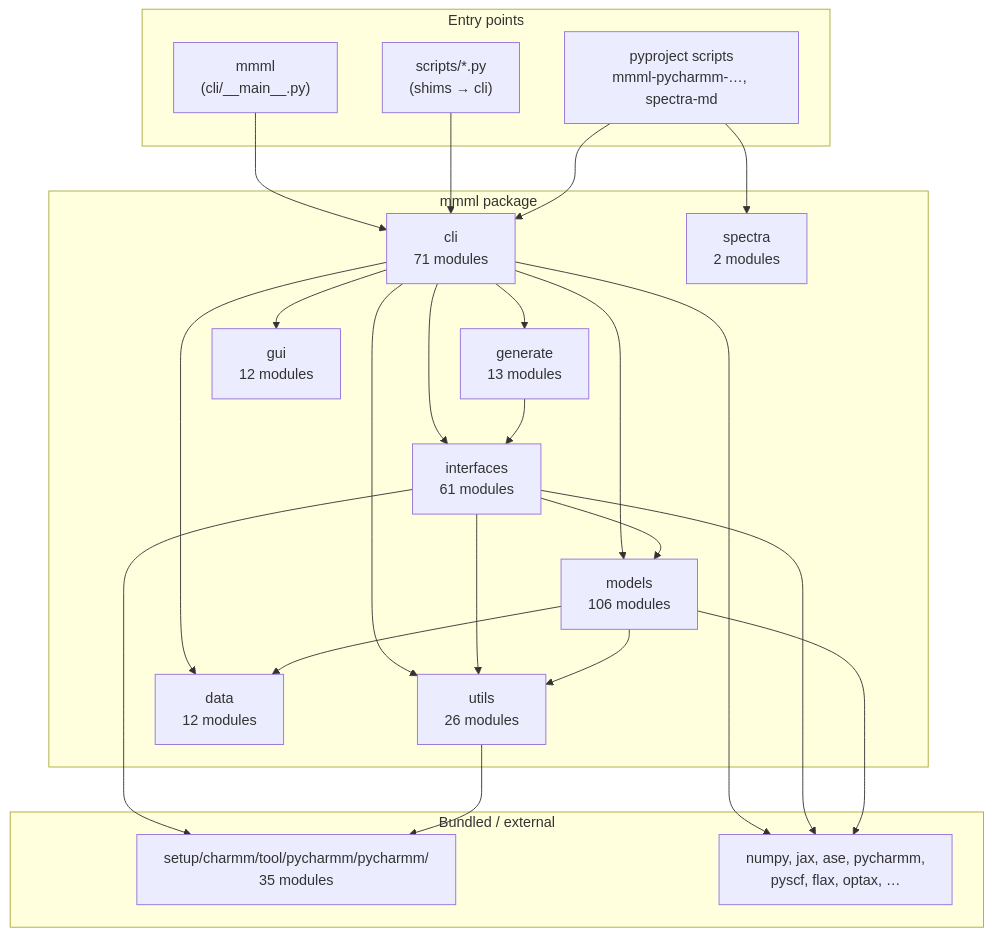
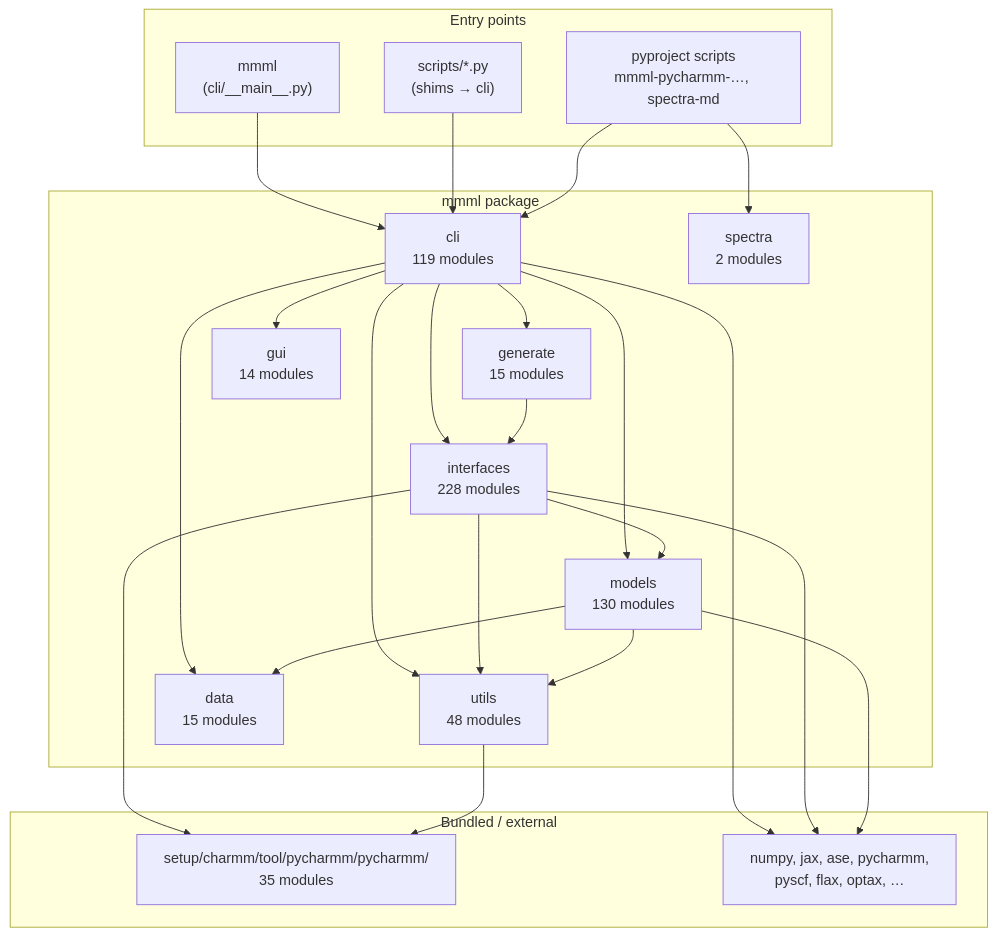
The first of 8 diagrams in docs/package-architecture.md (EricBoittier/mmml), drawn with Mermaid before and after one commit. The commit also changed other lines of this file and 4 other files, not shown here.

````diff
--- a/docs/package-architecture.md
+++ b/docs/package-architecture.md
@@ -10,48 +13,48 @@
 ```mermaid
 flowchart TB
   subgraph entry["Entry points"]
     MMML["mmml\n(cli/__main__.py)"]
     SCRIPTS["scripts/*.py\n(shims → cli)"]
     PKG["pyproject scripts\nmmml-pycharmm-…, spectra-md"]
   end
 
   subgraph mmml_pkg["mmml package"]
-    CLI["cli\n71 modules"]
-    IFACE["interfaces\n61 modules"]
-    MODELS["models\n106 modules"]
-    UTILS["utils\n26 modules"]
-    DATA["data\n12 modules"]
-    GEN["generate\n13 modules"]
-    GUI["gui\n12 modules"]
+    CLI["cli\n119 modules"]
+    IFACE["interfaces\n228 modules"]
+    MODELS["models\n130 modules"]
+    UTILS["utils\n48 modules"]
+    DATA["data\n15 modules"]
+    GEN["generate\n15 modules"]
+    GUI["gui\n14 modules"]
     SPEC["spectra\n2 modules"]
   end
 
   subgraph vendor["Bundled / external"]
     PYCH["setup/charmm/tool/pycharmm/pycharmm/\n35 modules"]
     EXT["numpy, jax, ase, pycharmm,\npyscf, flax, optax, …"]
   end
 
   MMML --> CLI
   SCRIPTS --> CLI
   PKG --> CLI
   PKG --> SPEC
 
   CLI --> IFACE
   CLI --> MODELS
   CLI --> DATA
   CLI --> UTILS
   CLI --> GEN
   CLI --> GUI
 
   IFACE --> MODELS
   IFACE --> UTILS
   IFACE --> PYCH
   MODELS --> UTILS
   MODELS --> DATA
   UTILS --> PYCH
   GEN --> IFACE
 
   CLI --> EXT
   IFACE --> EXT
   MODELS --> EXT
 ```
````
